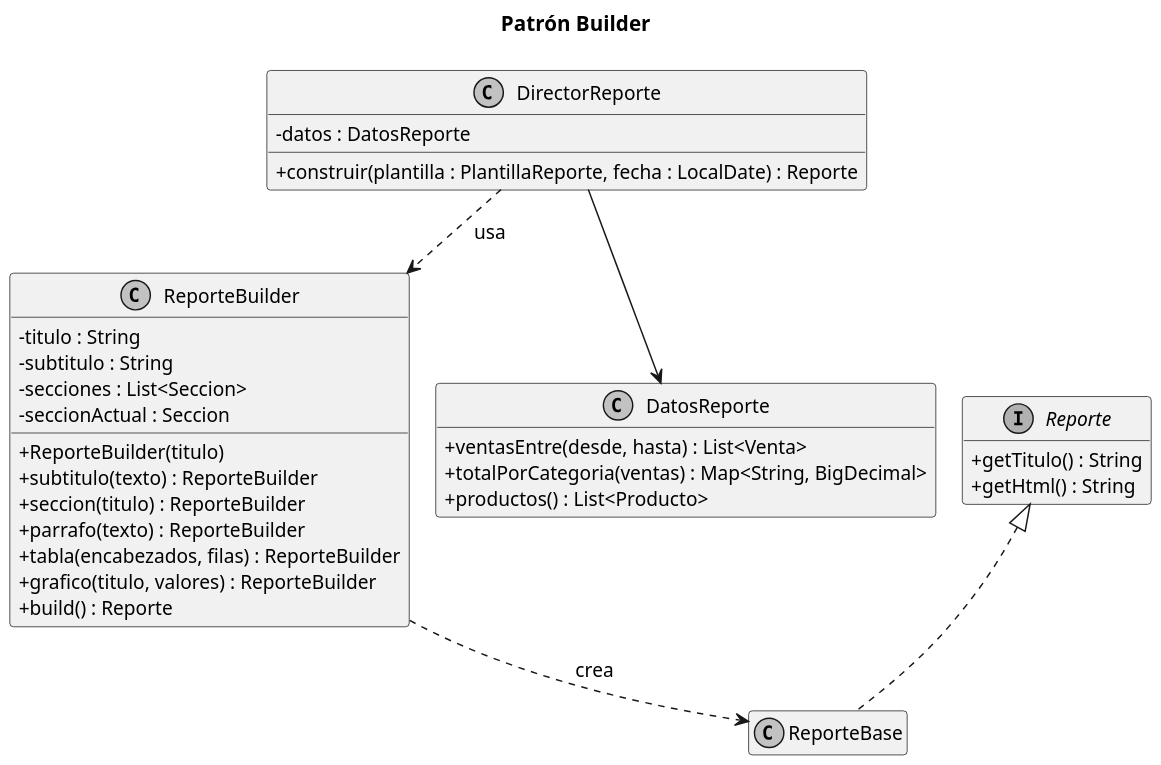
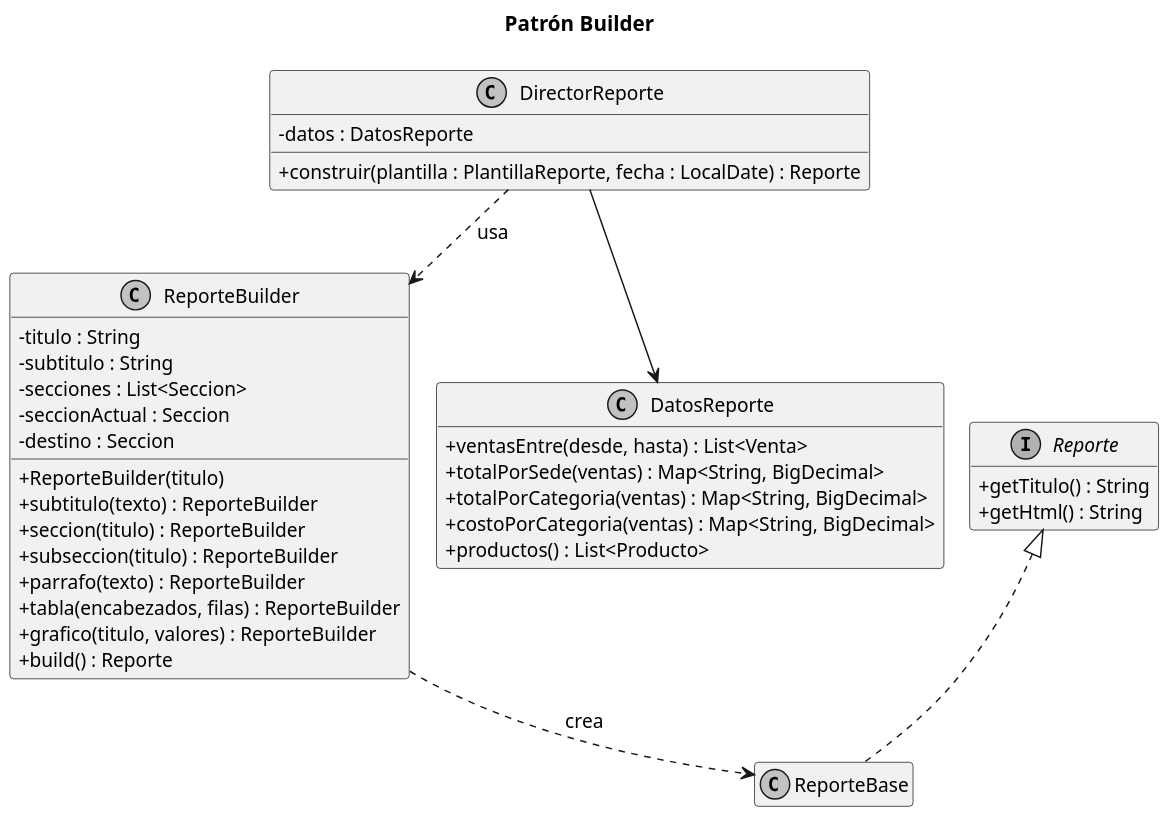
Before and after one commit to oropezadev-wq/ferreteria-ventas: the diagram in docs/uml/4-builder.puml, drawn with PlantUML. The commit also changed 62 other files, not shown here.

```diff
--- a/docs/uml/4-builder.puml
+++ b/docs/uml/4-builder.puml
@@ -1,43 +1,47 @@
 @startuml
 !pragma layout smetana
 skinparam classAttributeIconSize 0
 skinparam dpi 150
 skinparam shadowing false
 skinparam monochrome true
 skinparam defaultFontName Arial
 skinparam defaultFontSize 13
 skinparam packageStyle rectangle
 hide empty members
 title Patrón Builder
 class DirectorReporte {
   - datos : DatosReporte
   + construir(plantilla : PlantillaReporte, fecha : LocalDate) : Reporte
 }
 class ReporteBuilder {
   - titulo : String
   - subtitulo : String
   - secciones : List<Seccion>
   - seccionActual : Seccion
+  - destino : Seccion
   + ReporteBuilder(titulo)
   + subtitulo(texto) : ReporteBuilder
   + seccion(titulo) : ReporteBuilder
+  + subseccion(titulo) : ReporteBuilder
   + parrafo(texto) : ReporteBuilder
   + tabla(encabezados, filas) : ReporteBuilder
   + grafico(titulo, valores) : ReporteBuilder
   + build() : Reporte
 }
 interface Reporte {
   + getTitulo() : String
   + getHtml() : String
 }
 class ReporteBase
 class DatosReporte {
   + ventasEntre(desde, hasta) : List<Venta>
+  + totalPorSede(ventas) : Map<String, BigDecimal>
   + totalPorCategoria(ventas) : Map<String, BigDecimal>
+  + costoPorCategoria(ventas) : Map<String, BigDecimal>
   + productos() : List<Producto>
 }
 DirectorReporte --> DatosReporte
 DirectorReporte ..> ReporteBuilder : usa
 ReporteBuilder ..> ReporteBase : crea
 Reporte <|.. ReporteBase
 @enduml
```
